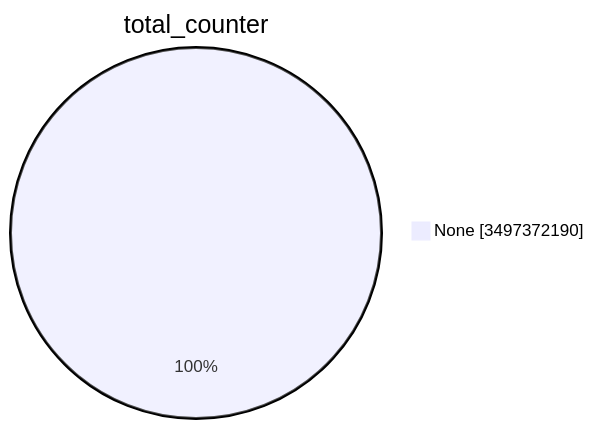
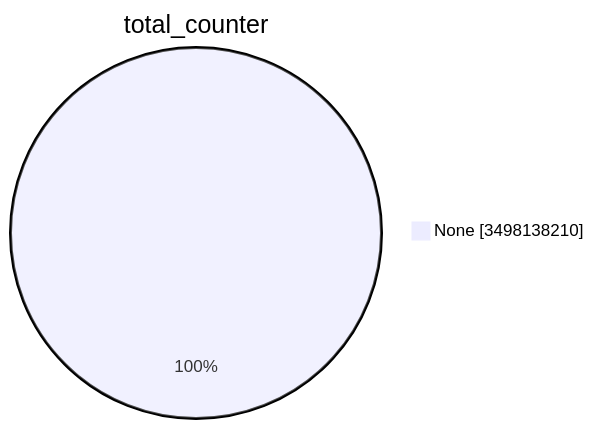
Before and after one commit to christiankrug/ctmonitor_visualization: the first of 15 diagrams in TOTAL/README.md, drawn with Mermaid. The commit also changed other lines of this file, not shown here.

````diff
--- a/TOTAL/README.md
+++ b/TOTAL/README.md
@@ -1,5 +1,5 @@
 ```mermaid
 pie showData
 title total_counter
-"None" :3497372190
+"None" :3498138210
 ```
````
